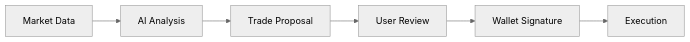
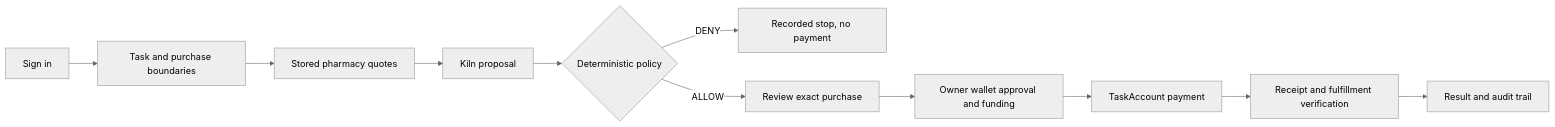
Before and after one commit to web5five/Floww: the diagram in README.md, drawn with Mermaid (neutral theme). The commit also changed other lines of this file and 4 other files, not shown here.

Commit message:
docs: align submission hub with purchase flow and verified evidence (#16)

````diff
--- a/README.md
+++ b/README.md
@@ -44,8 +18,13 @@
 ```mermaid
 flowchart LR
-    A[Market Data] --> B[AI Analysis]
-    B --> C[Trade Proposal]
-    C --> D[User Review]
-    D --> E[Wallet Signature]
-    E --> F[Execution]
+  A[Sign in] --> B[Task and purchase boundaries]
+  B --> C[Stored pharmacy quotes]
+  C --> D[Kiln proposal]
+  D --> E{Deterministic policy}
+  E -->|DENY| F[Recorded stop, no payment]
+  E -->|ALLOW| G[Review exact purchase]
+  G --> H[Owner wallet approval and funding]
+  H --> I[TaskAccount payment]
+  I --> J[Receipt and fulfillment verification]
+  J --> K[Result and audit trail]
 ```
````
